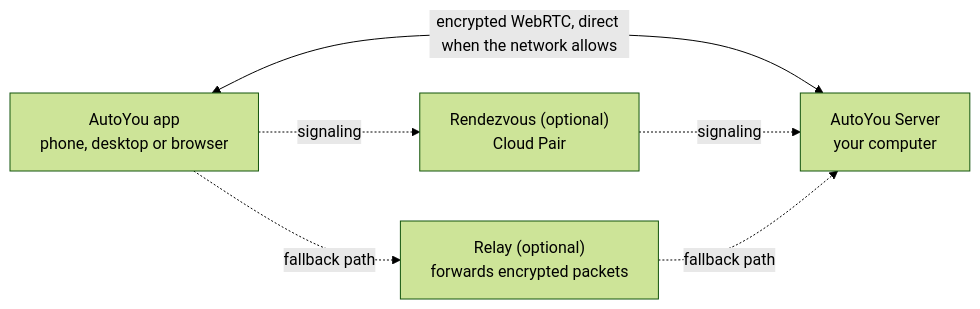
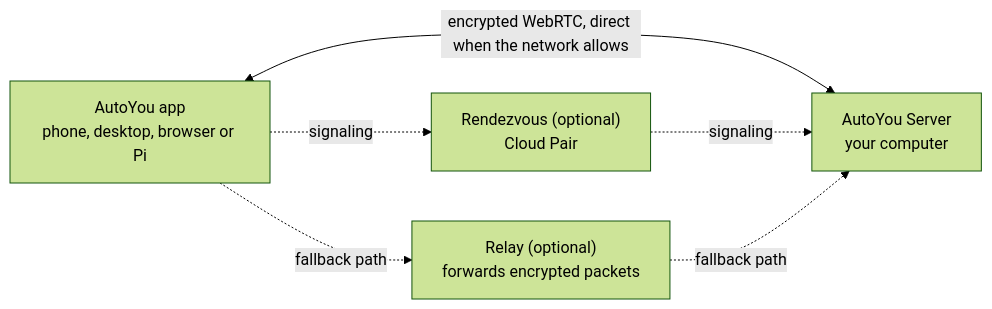
Before and after one commit to autoyou-ai/AutoYou-Server: the diagram in README.md, drawn with Mermaid (forest theme). The commit also changed other lines of this file and 13 other files, not shown here.

````diff
--- a/README.md
+++ b/README.md
@@ -133,13 +155,13 @@
 ```mermaid
 flowchart LR
-    app["AutoYou app<br/>phone, desktop or browser"]
+    app["AutoYou app<br/>phone, desktop, browser or Pi"]
     server["AutoYou Server<br/>your computer"]
     rendezvous["Rendezvous (optional)<br/>Cloud Pair"]
     relay["Relay (optional)<br/>forwards encrypted packets"]
 
     app <-->|"encrypted WebRTC, direct when the network allows"| server
     app -.->|"signaling"| rendezvous
     rendezvous -.->|"signaling"| server
     app -.->|"fallback path"| relay
     relay -.->|"fallback path"| server
 ```
````
